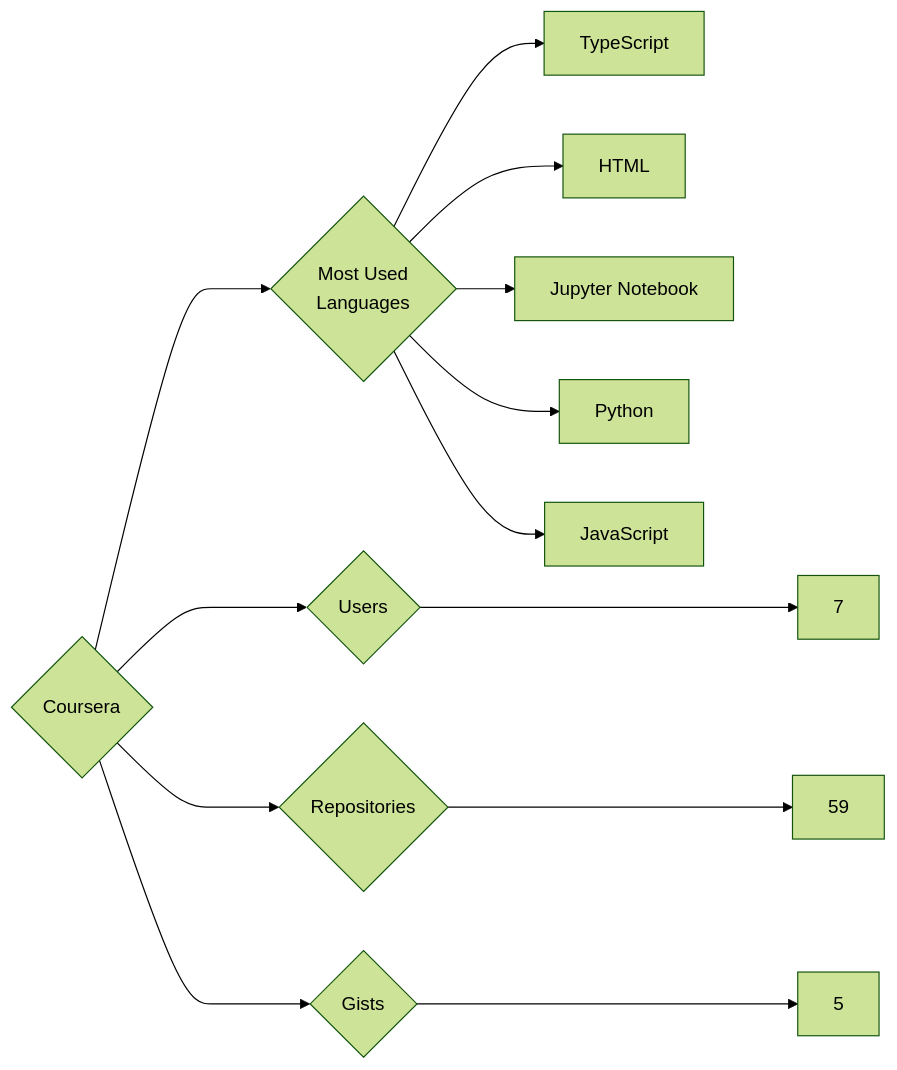
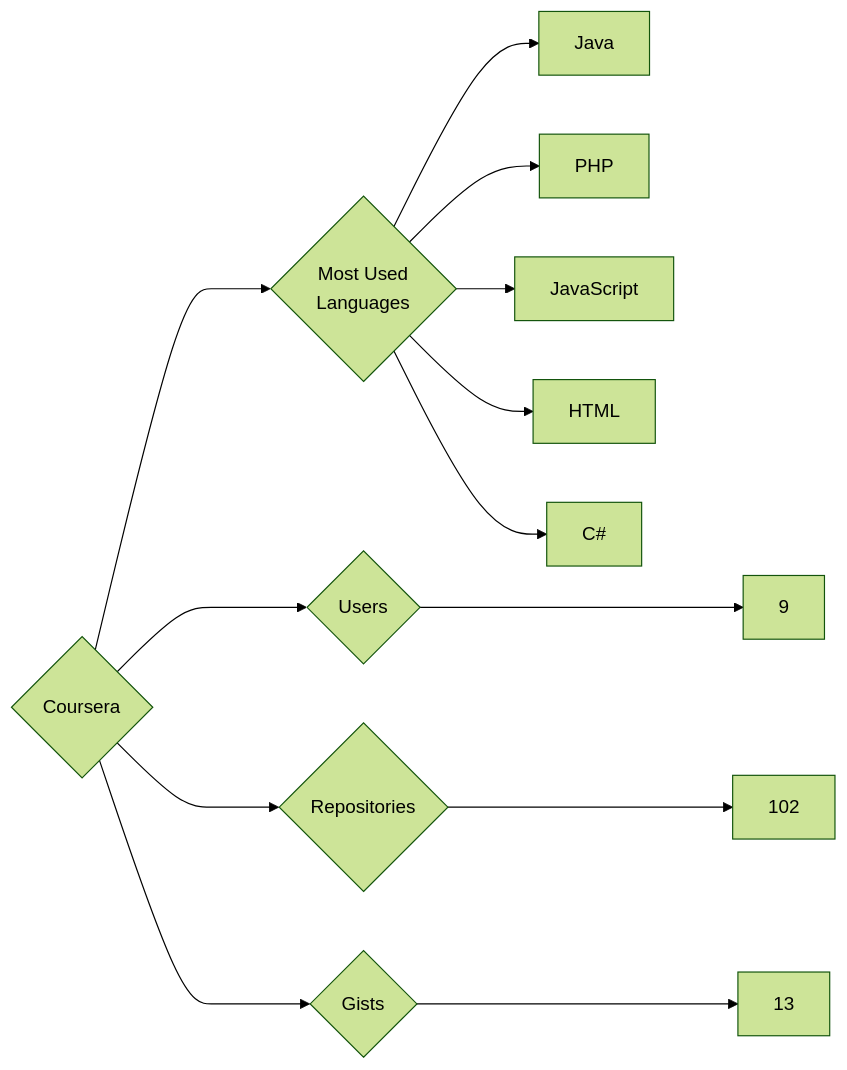
One commit to trickest/insiders changed the diagram in targets/Coursera/README.md. Above: the diagram before and after it, drawn with Mermaid (forest theme). The commit also changed 935 other files, not shown here.

````diff
--- a/targets/Coursera/README.md
+++ b/targets/Coursera/README.md
@@ -3,13 +3,13 @@
 ```mermaid
 graph LR
 COMPANY_NAME{Coursera}
-COMPANY_NAME ---> U{Users} ---> UN[7]
-COMPANY_NAME ---> R{Repositories} ---> RN[59]
-COMPANY_NAME ---> G{Gists} ---> GN[5]
+COMPANY_NAME ---> U{Users} ---> UN[9]
+COMPANY_NAME ---> R{Repositories} ---> RN[102]
+COMPANY_NAME ---> G{Gists} ---> GN[13]
 COMPANY_NAME ---> ML{Most Used<br>Languages}
-ML --> TypeScript[TypeScript]
+ML --> Java[Java]
+ML --> PHP[PHP]
+ML --> JavaScript[JavaScript]
 ML --> HTML[HTML]
-ML --> Jupyter_Notebook[Jupyter Notebook]
-ML --> Python[Python]
-ML --> JavaScript[JavaScript]
+ML --> C#[C#]
 ```
````
